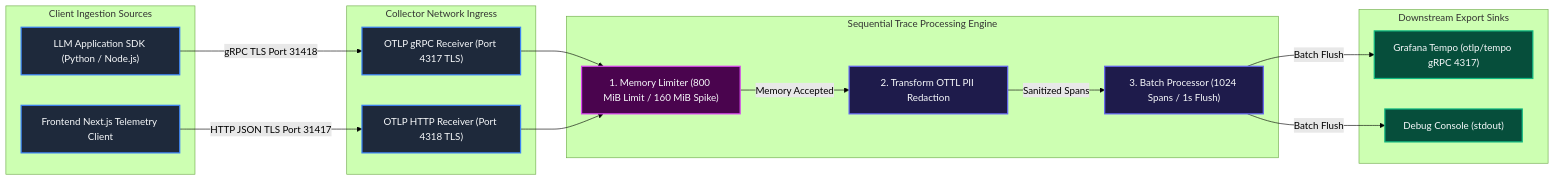
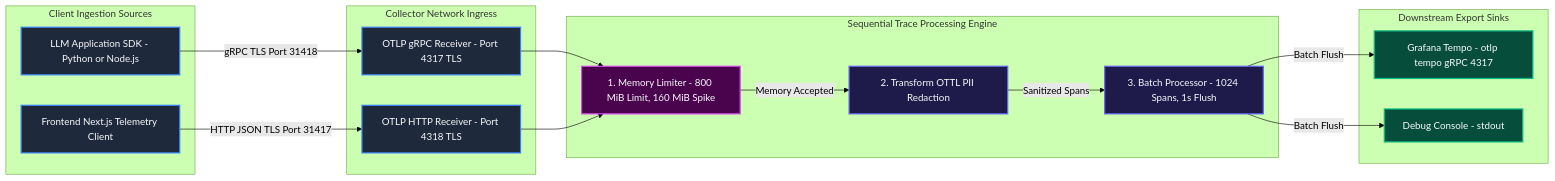
Before and after one commit to Chief-Strategist-J/llm-obs-infra: the first of 22 diagrams in docs/configDoc/otel-collector-configuration-guide.md, drawn with Mermaid (forest theme). The commit also changed other lines of this file, not shown here.

Commit message:
fix(docs): resolve all Mermaid diagram syntax and layout rendering issues in otel configuration guide

````diff
--- a/docs/configDoc/otel-collector-configuration-guide.md
+++ b/docs/configDoc/otel-collector-configuration-guide.md
@@ -513,45 +513,45 @@
 ```mermaid
 graph LR
     subgraph ClientSources ["Client Ingestion Sources"]
-        SDKClient["LLM Application SDK (Python / Node.js)"]
+        SDKClient["LLM Application SDK - Python or Node.js"]
         BrowserApp["Frontend Next.js Telemetry Client"]
     end
 
     subgraph IngressGateway ["Collector Network Ingress"]
-        GRPCReceiver["OTLP gRPC Receiver (Port 4317 TLS)"]
-        HTTPReceiver["OTLP HTTP Receiver (Port 4318 TLS)"]
+        GRPCReceiver["OTLP gRPC Receiver - Port 4317 TLS"]
+        HTTPReceiver["OTLP HTTP Receiver - Port 4318 TLS"]
     end
 
     subgraph PipelineCore ["Sequential Trace Processing Engine"]
-        MemGate["1. Memory Limiter (800 MiB Limit / 160 MiB Spike)"]
+        MemGate["1. Memory Limiter - 800 MiB Limit, 160 MiB Spike"]
         Sanitize["2. Transform OTTL PII Redaction"]
-        BatchEngine["3. Batch Processor (1024 Spans / 1s Flush)"]
+        BatchEngine["3. Batch Processor - 1024 Spans, 1s Flush"]
     end
 
     subgraph ExportTargets ["Downstream Export Sinks"]
-        TempoSink["Grafana Tempo (otlp/tempo gRPC 4317)"]
-        DebugSink["Debug Console (stdout)"]
+        TempoSink["Grafana Tempo - otlp tempo gRPC 4317"]
+        DebugSink["Debug Console - stdout"]
     end
 
     SDKClient -->|gRPC TLS Port 31418| GRPCReceiver
     BrowserApp -->|HTTP JSON TLS Port 31417| HTTPReceiver
 
     GRPCReceiver --> MemGate
     HTTPReceiver --> MemGate
 
     MemGate -->|Memory Accepted| Sanitize
     Sanitize -->|Sanitized Spans| BatchEngine
 
     BatchEngine -->|Batch Flush| TempoSink
     BatchEngine -->|Batch Flush| DebugSink
 
     style SDKClient fill:#1e293b,stroke:#3b82f6,stroke-width:2px,color:#f8fafc
     style BrowserApp fill:#1e293b,stroke:#3b82f6,stroke-width:2px,color:#f8fafc
     style GRPCReceiver fill:#1e293b,stroke:#3b82f6,stroke-width:2px,color:#f8fafc
     style HTTPReceiver fill:#1e293b,stroke:#3b82f6,stroke-width:2px,color:#f8fafc
     style MemGate fill:#4a044e,stroke:#d946ef,stroke-width:2px,color:#f8fafc
     style Sanitize fill:#1e1b4b,stroke:#6366f1,stroke-width:2px,color:#f8fafc
     style BatchEngine fill:#1e1b4b,stroke:#6366f1,stroke-width:2px,color:#f8fafc
     style TempoSink fill:#064e3b,stroke:#10b981,stroke-width:2px,color:#f8fafc
     style DebugSink fill:#064e3b,stroke:#10b981,stroke-width:2px,color:#f8fafc
 ```
````
